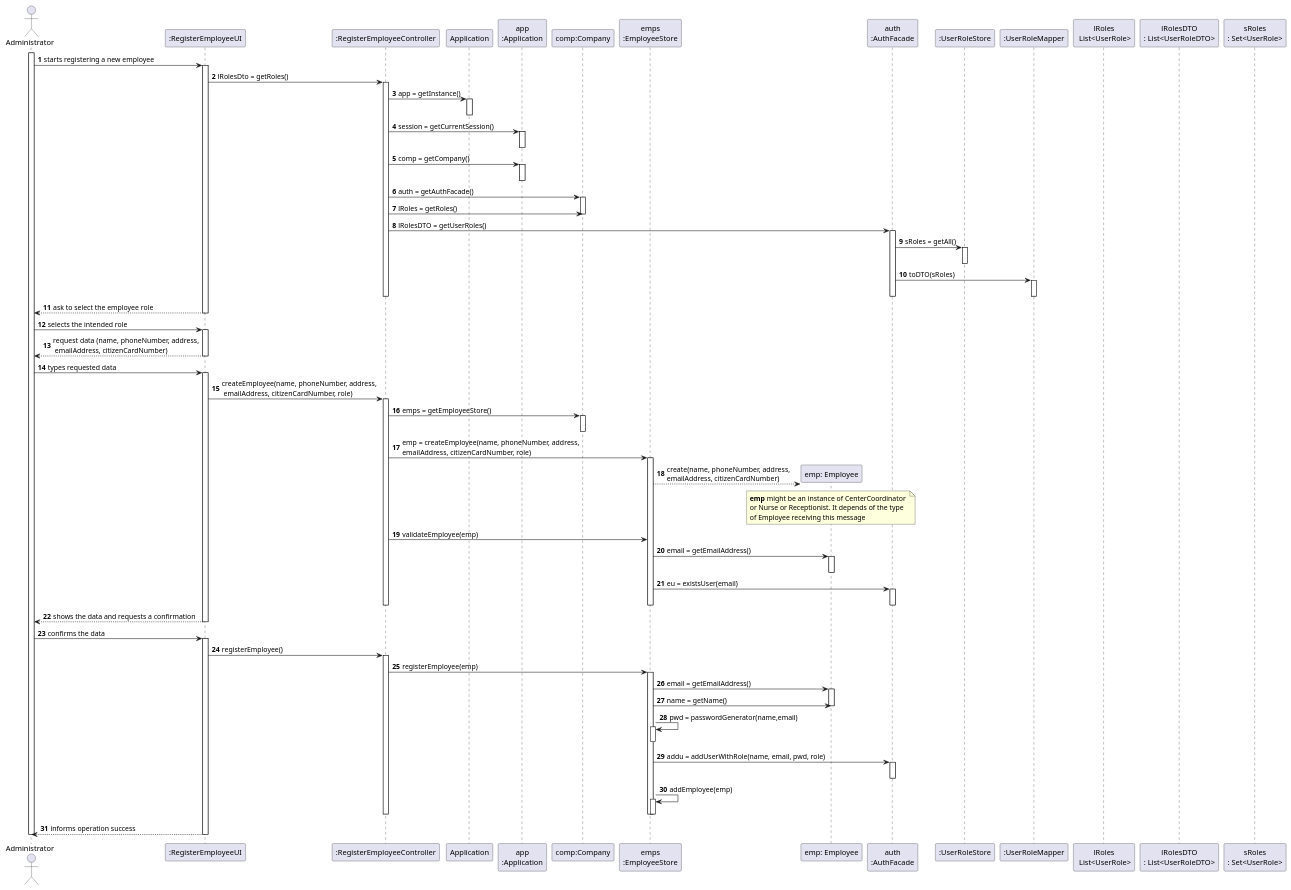
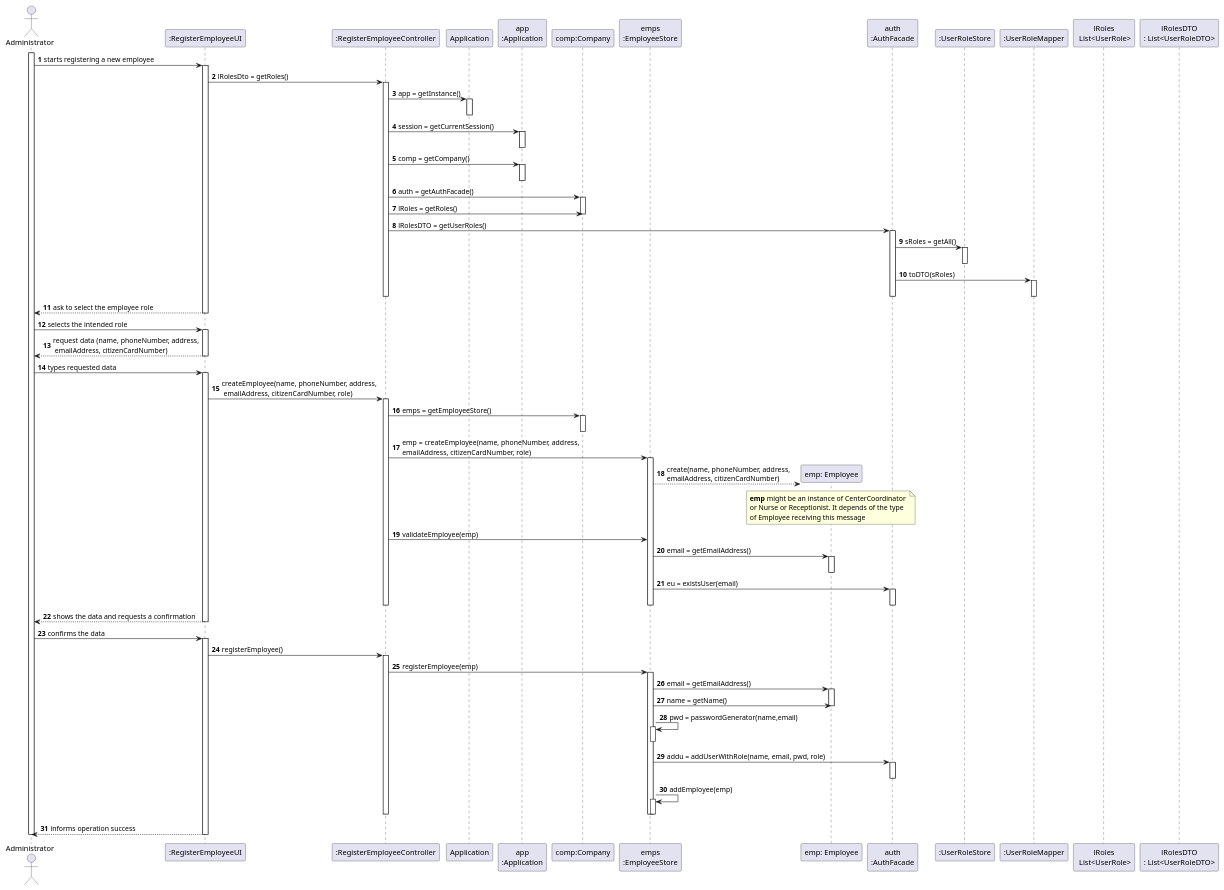
The diagram in docs/SprintB/UserStories/US10/US010_SD.puml (diogonapoles/isep-lapr2), drawn with PlantUML before and after one commit. The commit also changed 3 other files, not shown here.

```diff
--- a/docs/SprintB/UserStories/US10/US010_SD.puml
+++ b/docs/SprintB/UserStories/US10/US010_SD.puml
@@ -1,149 +1,149 @@
 @startuml
 autonumber
 actor "Administrator" as ADM
 
 
 participant ":RegisterEmployeeUI" as UI
 participant ":RegisterEmployeeController" as CTRL
 participant "Application" as APP
 participant "app\n:Application" as App
 participant "comp:Company" as COMP
 participant "emps\n:EmployeeStore" as EMPS
 participant "emp: Employee" as EMP
 participant "auth\n:AuthFacade" as AF
 participant ":UserRoleStore" as URS
 participant ":UserRoleMapper" as URM
 participant "lRoles\n List<UserRole>" as LR
 participant "lRolesDTO\n: List<UserRoleDTO>" as lRDTO
-participant "sRoles\n: Set<UserRole>" as SR
+
 
 
 
 activate ADM
 
 ADM -> UI : starts registering a new employee
 activate UI
 
 UI -> CTRL : lRolesDto = getRoles()
 activate CTRL
 
 CTRL -> APP : app = getInstance()
 activate APP
 deactivate APP
 
 CTRL -> App: session = getCurrentSession()
 activate App
 deactivate App
 
 CTRL -> App : comp = getCompany()
 activate App
 deactivate App
 
 CTRL -> COMP: auth = getAuthFacade()
 activate COMP
 
 
 CTRL -> COMP: lRoles = getRoles()
 deactivate COMP
 
 
 CTRL -> AF : lRolesDTO = getUserRoles()
 activate AF
 
 AF -> URS : sRoles = getAll()
 activate URS
 deactivate URS
 
 AF -> URM :  toDTO(sRoles)
 activate URM
 
 deactivate URM
 deactivate AF
 deactivate CTRL
 
 UI --> ADM : ask to select the employee role
 deactivate UI
 
 
 
 ADM -> UI : selects the intended role
 activate UI
 
 UI --> ADM : request data (name, phoneNumber, address,\n emailAddress, citizenCardNumber)
 deactivate UI
 
 
 
 
 ADM -> UI : types requested data
 activate UI
 
 UI -> CTRL :createEmployee(name, phoneNumber, address,\n emailAddress, citizenCardNumber, role)
 activate CTRL
 
 CTRL -> COMP : emps = getEmployeeStore()
 activate COMP
 deactivate COMP
 
 CTRL -> EMPS : emp = createEmployee(name, phoneNumber, address,\nemailAddress, citizenCardNumber, role)
 activate EMPS
 
 EMPS --> EMP** : create(name, phoneNumber, address, \nemailAddress, citizenCardNumber)
 
 note over EMP : **emp** might be an instance of CenterCoordinator \nor Nurse or Receptionist. It depends of the type \nof Employee receiving this message
 
 
 CTRL -> EMPS : validateEmployee(emp)
 
 EMPS -> EMP : email = getEmailAddress()
 activate EMP
 deactivate EMP
 
 EMPS -> AF : eu = existsUser(email)
 activate AF
 deactivate AF
 deactivate CTRL
 deactivate EMPS
 
 UI --> ADM : shows the data and requests a confirmation
 deactivate UI
 
 
 
 ADM -> UI : confirms the data
 activate UI
 
 UI -> CTRL : registerEmployee()
 activate CTRL
 
 CTRL -> EMPS: registerEmployee(emp)
 activate EMPS
 
 EMPS -> EMP : email = getEmailAddress()
 activate EMP
 
 EMPS -> EMP : name = getName()
 
 deactivate EMP
 
 EMPS -> EMPS : pwd = passwordGenerator(name,email)
 activate EMPS
 deactivate EMPS
 
 EMPS -> AF : addu = addUserWithRole(name, email, pwd, role)
 activate AF
 deactivate AF
 
 EMPS -> EMPS : addEmployee(emp)
 activate EMPS
 deactivate EMPS
 deactivate EMPS
 deactivate CTRL
 
 UI --> ADM : informs operation success
 deactivate UI
 
 
 deactivate ADM
 
 @enduml
```
